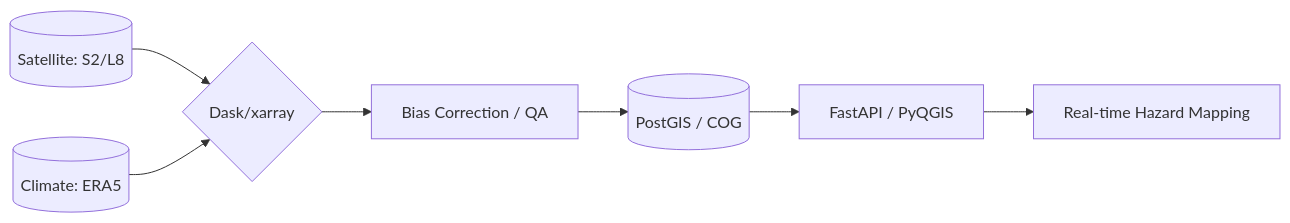
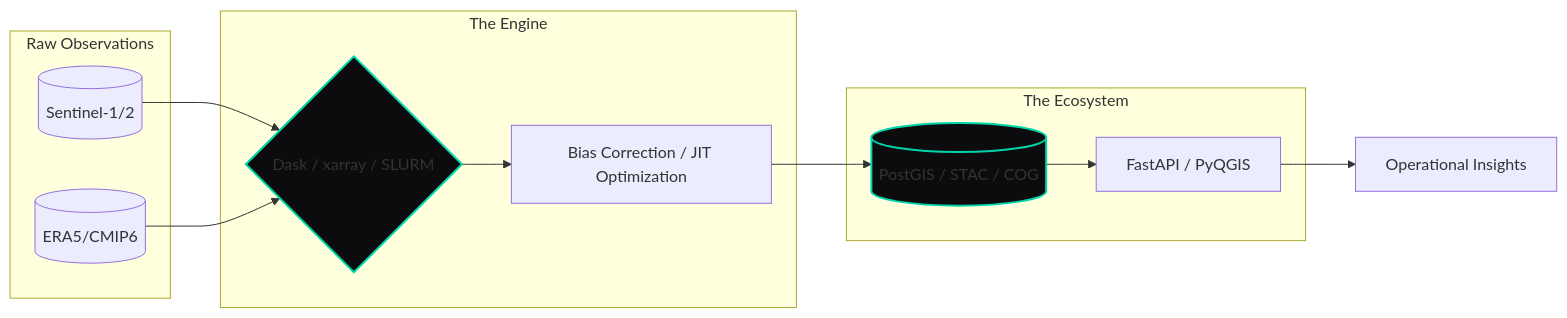
Before and after one commit to BadibossPy/BadibossPy: the diagram in README.md, drawn with Mermaid. The commit also changed other lines of this file, not shown here.

````diff
--- a/README.md
+++ b/README.md
@@ -14,9 +21,26 @@
 ```mermaid
 graph LR
-    A[(Satellite: S2/L8)] --> B{Dask/xarray}
-    C[(Climate: ERA5)] --> B
-    B --> D[Bias Correction / QA]
-    D --> E[(PostGIS / COG)]
-    E --> F[FastAPI / PyQGIS]
-    F --> G[Real-time Hazard Mapping]
+    subgraph "Raw Observations"
+        A[(Sentinel-1/2)]
+        B[(ERA5/CMIP6)]
+    end
+    
+    subgraph "The Engine"
+        C{Dask / xarray / SLURM}
+        D[Bias Correction / JIT Optimization]
+    end
+    
+    subgraph "The Ecosystem"
+        E[(PostGIS / STAC / COG)]
+        F[FastAPI / PyQGIS]
+    end
+    
+    A & B --> C
+    C --> D
+    D --> E
+    E --> F
+    F --> G[Operational Insights]
+    
+    style C fill:#0c0c0f,stroke:#00d4aa,stroke-width:2px;
+    style E fill:#0c0c0f,stroke:#00d4aa,stroke-width:2px;
 ```
````
